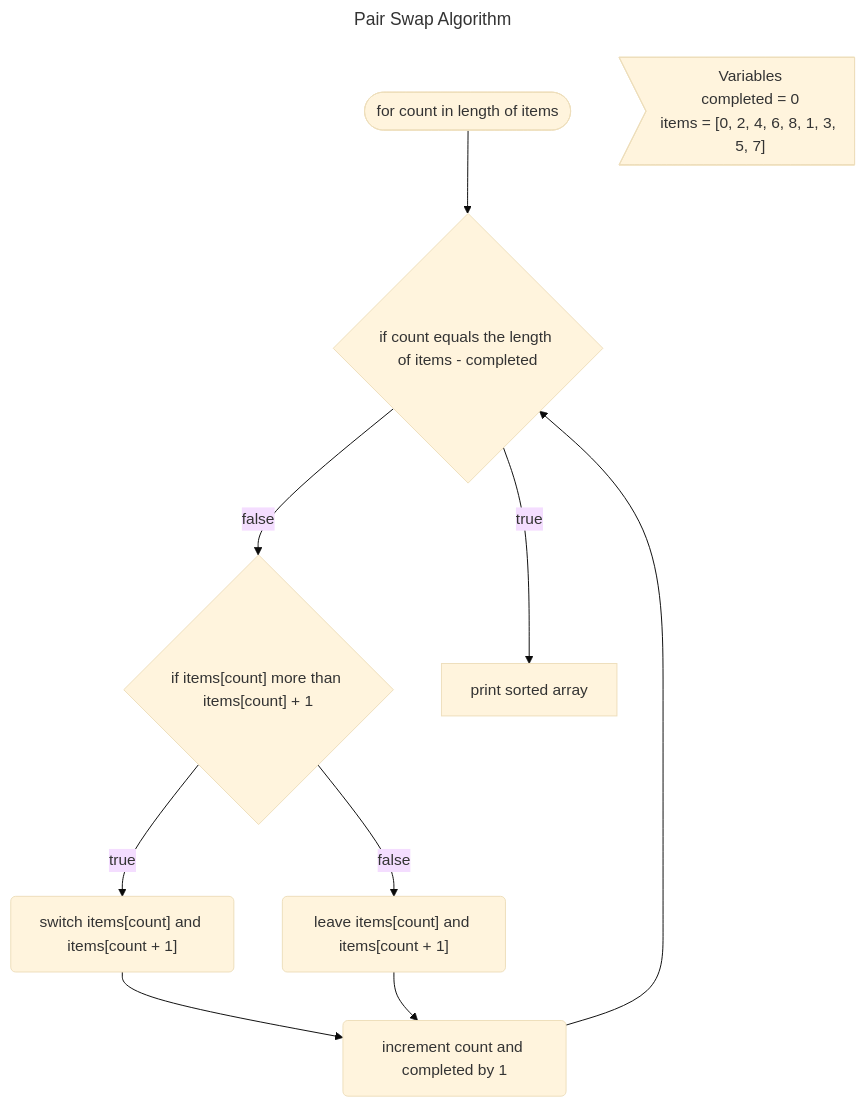
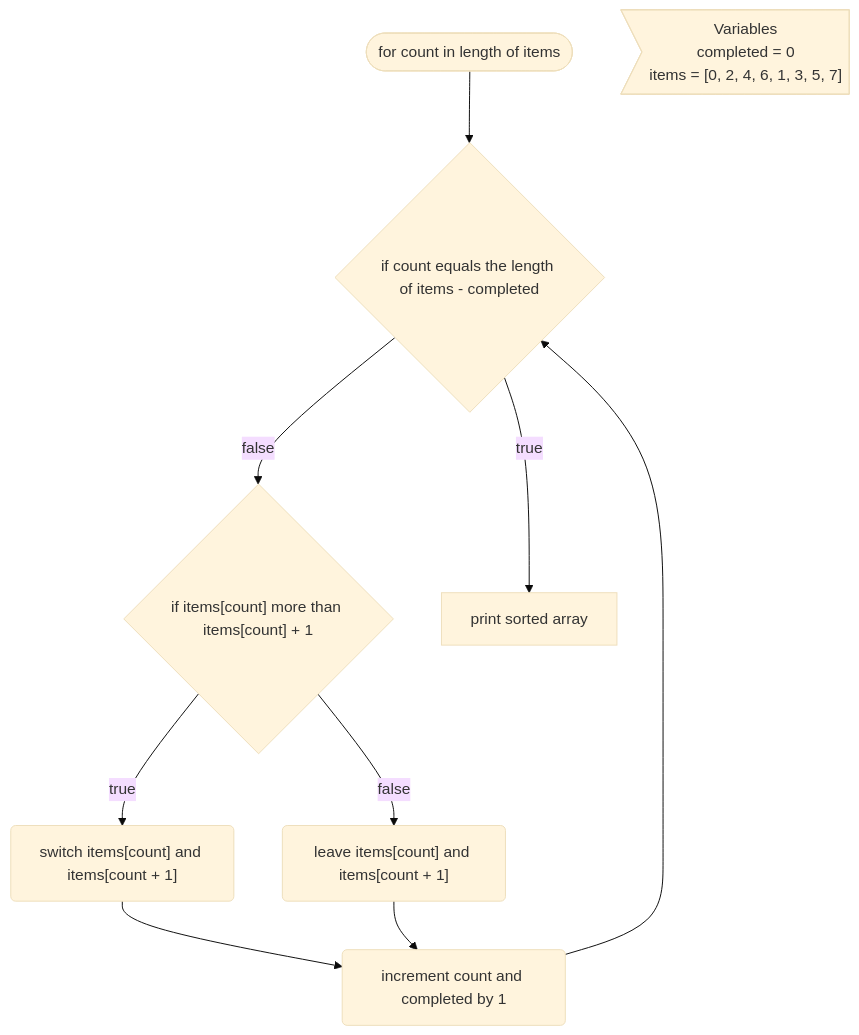
Before and after one commit to maclong9/harvard-compsci: the fifth of 5 diagrams in Introduction/03-Algorithms/README.md, drawn with Mermaid (base theme). The commit also changed other lines of this file, not shown here.

Commit message:
fix: flowchart vars

````diff
--- a/Introduction/03-Algorithms/README.md
+++ b/Introduction/03-Algorithms/README.md
@@ -116,16 +116,16 @@
 ```mermaid
 ---
-title: Pair Swap Algorithm
+title: 
 ---
 
 flowchart TD
-    vars>"Variables\ncompleted = 0\nitems = [0, 2, 4, 6, 8, 1, 3, 5, 7]"]
+    vars>"Variables\ncompleted = 0\nitems = [0, 2, 4, 6, 1, 3, 5, 7]"]
     1(["for count in length of items"]) -->
     2{"if count equals the length of items - completed"}
     2 --> |true| 8["print sorted array"]
     2 --> |false| 3
     3{"if items[count] more than items[count] + 1"}
     3 --> |true| 5("switch items[count] and items[count + 1]")
     3 --> |false| 6("leave items[count] and items[count + 1]")
     5 & 6 --> 7("increment count and completed by 1") --> 2
 ```
````
